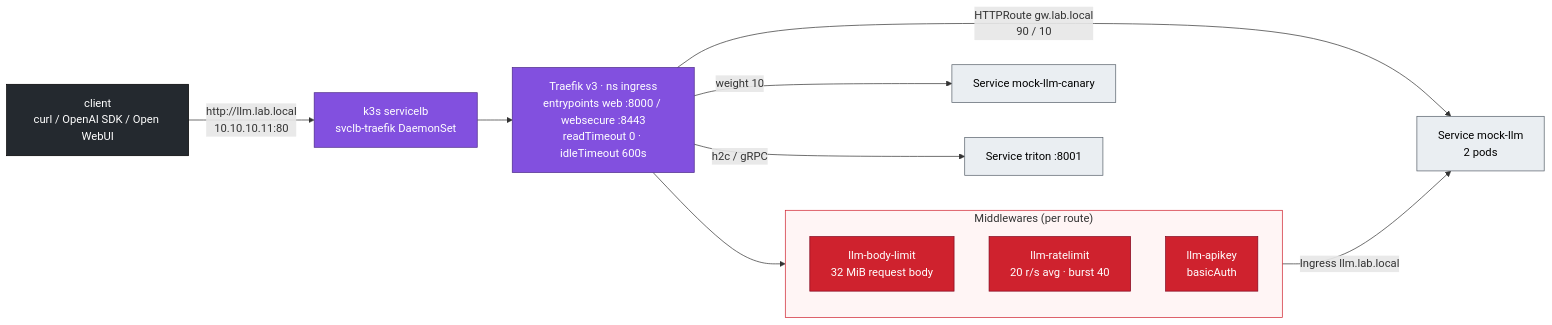
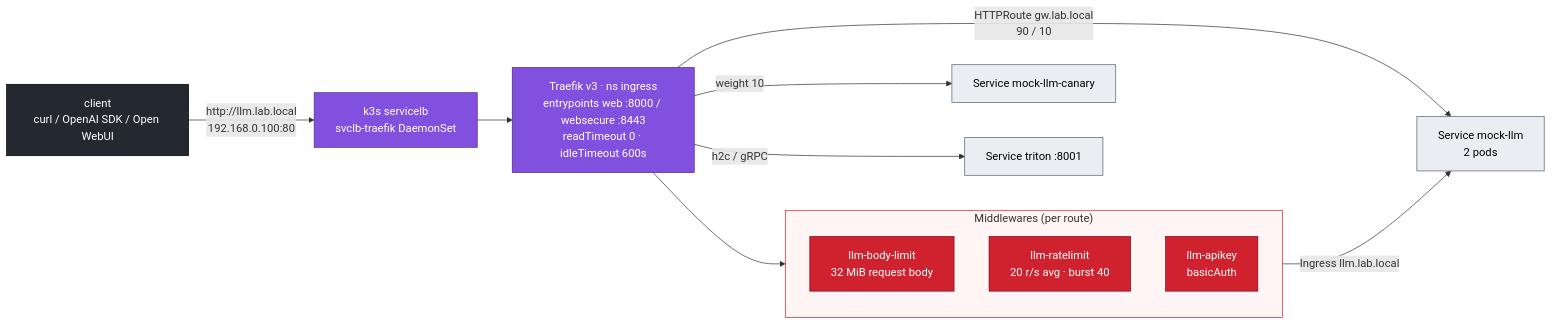
Before and after one commit to cloudone365/technical-depth: the first of 2 diagrams in 02 Kubernetes/09-ingress-controllers-and-gateway-api.md, drawn with Mermaid. The commit also changed other lines of this file and 57 other files, not shown here.

````diff
--- a/02 Kubernetes/09-ingress-controllers-and-gateway-api.md
+++ b/02 Kubernetes/09-ingress-controllers-and-gateway-api.md
@@ -32,25 +32,25 @@
 ```mermaid
 flowchart LR
-  CL["client<br/>curl / OpenAI SDK / Open WebUI"] -->|"http://llm.lab.local<br/>10.10.10.11:80"| LB["k3s servicelb<br/>svclb-traefik DaemonSet"]
+  CL["client<br/>curl / OpenAI SDK / Open WebUI"] -->|"http://llm.lab.local<br/>192.168.0.100:80"| LB["k3s servicelb<br/>svclb-traefik DaemonSet"]
   LB --> TR["Traefik v3 · ns ingress<br/>entrypoints web :8000 / websecure :8443<br/>readTimeout 0 · idleTimeout 600s"]
   subgraph MW["Middlewares (per route)"]
     direction TB
     M1["llm-body-limit<br/>32 MiB request body"]
     M2["llm-ratelimit<br/>20 r/s avg · burst 40"]
     M3["llm-apikey<br/>basicAuth"]
   end
   TR --> MW
   MW -->|"Ingress llm.lab.local"| S1["Service mock-llm<br/>2 pods"]
   TR -->|"HTTPRoute gw.lab.local<br/>90 / 10"| S1
   TR -->|"weight 10"| S2["Service mock-llm-canary"]
   TR -->|"h2c / gRPC"| S3["Service triton :8001"]
   classDef net fill:#8250df,stroke:#4c2889,color:#fff
   classDef sec fill:#cf222e,stroke:#82071e,color:#fff
   classDef ext fill:#24292f,stroke:#000,color:#fff
   classDef tenant fill:#eaeef2,stroke:#57606a,color:#000
   class LB,TR net
   class M1,M2,M3 sec
   class CL ext
   class S1,S2,S3 tenant
   style MW fill:#fff5f5,stroke:#cf222e
 ```
````
